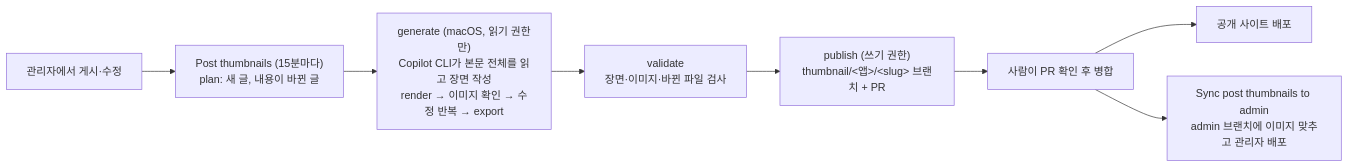
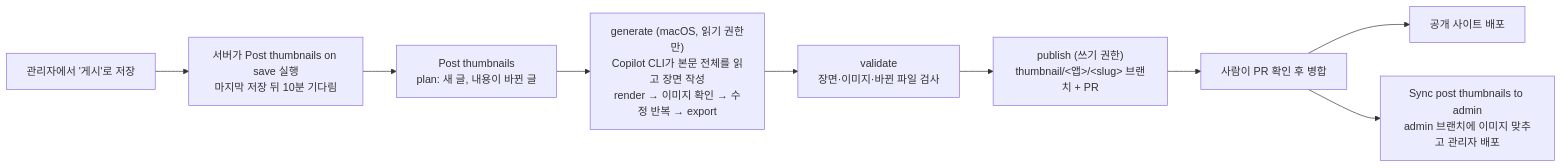
The diagram in tools/post-thumbs/README.md (oneot/elevate), drawn with Mermaid before and after one commit. The commit also changed other lines of this file and 6 other files, not shown here.

First line of the commit message:
Start post thumbnails from admin saves instead of a schedule

````diff
--- a/tools/post-thumbs/README.md
+++ b/tools/post-thumbs/README.md
@@ -8,10 +8,11 @@
 ```mermaid
 flowchart LR
-  A[관리자에서 게시·수정] --> B["Post thumbnails (15분마다)<br/>plan: 새 글, 내용이 바뀐 글"]
+  A["관리자에서 '게시'로 저장"] --> S["서버가 Post thumbnails on save 실행<br/>마지막 저장 뒤 10분 기다림"]
+  S --> B["Post thumbnails<br/>plan: 새 글, 내용이 바뀐 글"]
   B --> C["generate (macOS, 읽기 권한만)<br/>Copilot CLI가 본문 전체를 읽고 장면 작성<br/>render → 이미지 확인 → 수정 반복 → export"]
   C --> D["validate<br/>장면·이미지·바뀐 파일 검사"]
   D --> E["publish (쓰기 권한)<br/>thumbnail/&lt;앱&gt;/&lt;slug&gt; 브랜치 + PR"]
   E --> F[사람이 PR 확인 후 병합]
   F --> G[공개 사이트 배포]
   F --> H["Sync post thumbnails to admin<br/>admin 브랜치에 이미지 맞추고 관리자 배포"]
 ```
````
